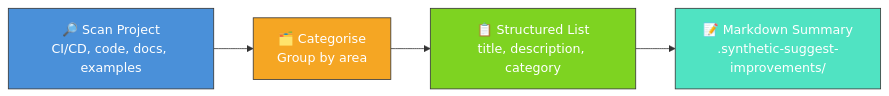
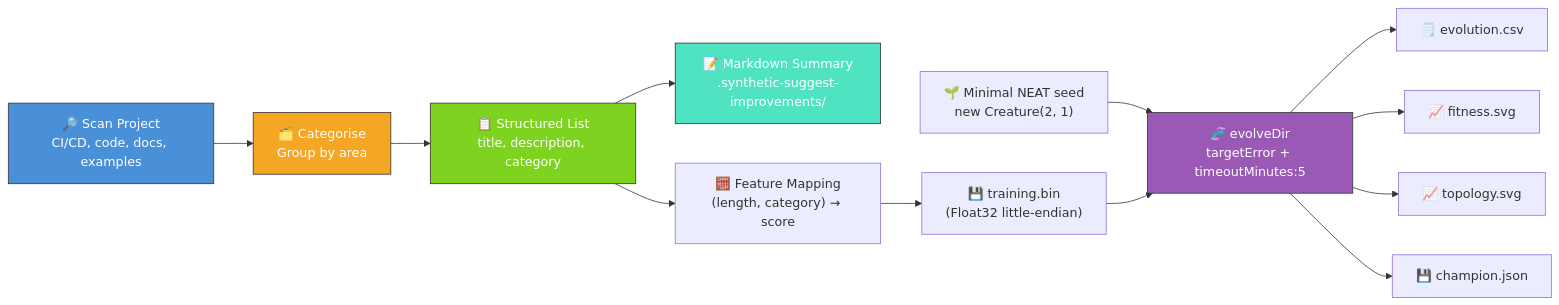
One commit to stSoftwareAU/NEAT-AI-Examples changed the diagram in suggest_improvements/README.md. Above: the diagram before and after it, drawn with Mermaid. The commit also changed other lines of this file and 8 other files, not shown here.

First line of the commit message:
Audit suggest_improvements: minimal seed + measured telemetry (#219)

````diff
--- a/suggest_improvements/README.md
+++ b/suggest_improvements/README.md
@@ -11,16 +52,33 @@
 ```mermaid
 flowchart LR
     SCAN["🔎 Scan Project<br/>CI/CD, code, docs, examples"]
     CAT["🗂️ Categorise<br/>Group by area"]
     LIST["📋 Structured List<br/>title, description, category"]
     OUT["📝 Markdown Summary<br/>.synthetic-suggest-improvements/"]
+    FEAT["🧮 Feature Mapping<br/>(length, category) → score"]
+    BIN["💾 training.bin<br/>(Float32 little-endian)"]
+    SEED["🌱 Minimal NEAT seed<br/>new Creature(2, 1)"]
+    EVOLVE["🧬 evolveDir<br/>targetError + timeoutMinutes:5"]
+    CSV["🗒️ evolution.csv"]
+    FITSVG["📈 fitness.svg"]
+    TOPOSVG["📈 topology.svg"]
+    CHAMP["💾 champion.json"]
 
     SCAN --> CAT
     CAT --> LIST
     LIST --> OUT
+    LIST --> FEAT
+    FEAT --> BIN
+    SEED --> EVOLVE
+    BIN --> EVOLVE
+    EVOLVE --> CSV
+    EVOLVE --> FITSVG
+    EVOLVE --> TOPOSVG
+    EVOLVE --> CHAMP
 
     style SCAN fill:#4a90d9,stroke:#333,color:#fff
     style CAT fill:#f5a623,stroke:#333,color:#fff
     style LIST fill:#7ed321,stroke:#333,color:#fff
     style OUT fill:#50e3c2,stroke:#333,color:#fff
+    style EVOLVE fill:#9b59b6,stroke:#333,color:#fff
 ```
````
